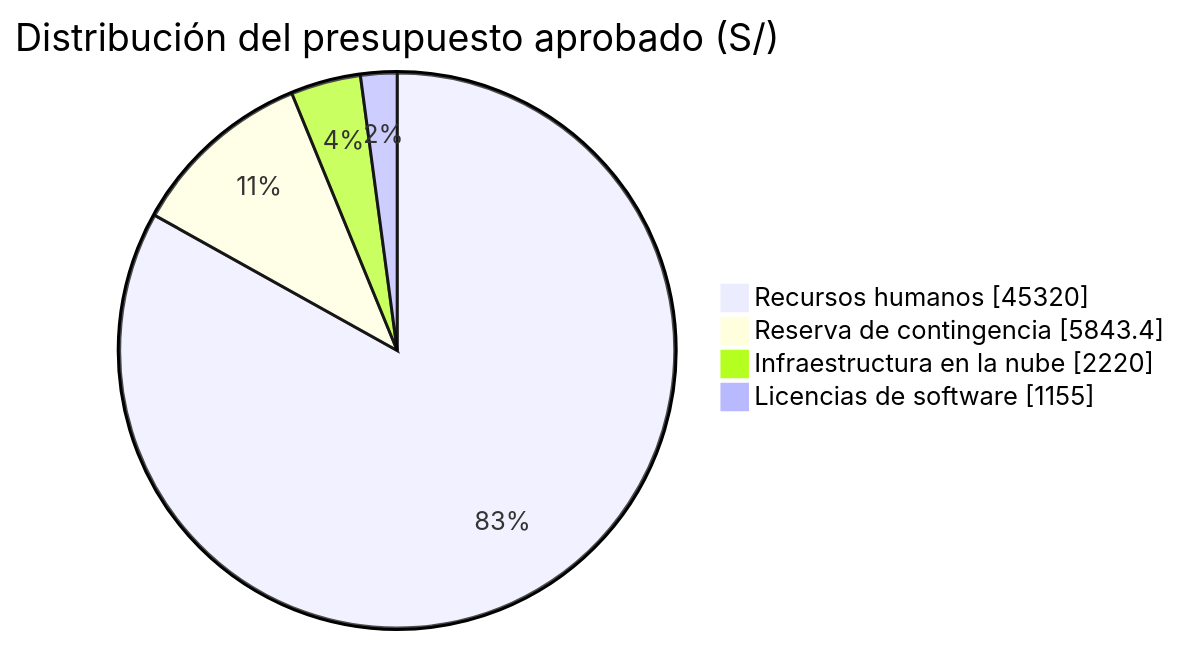
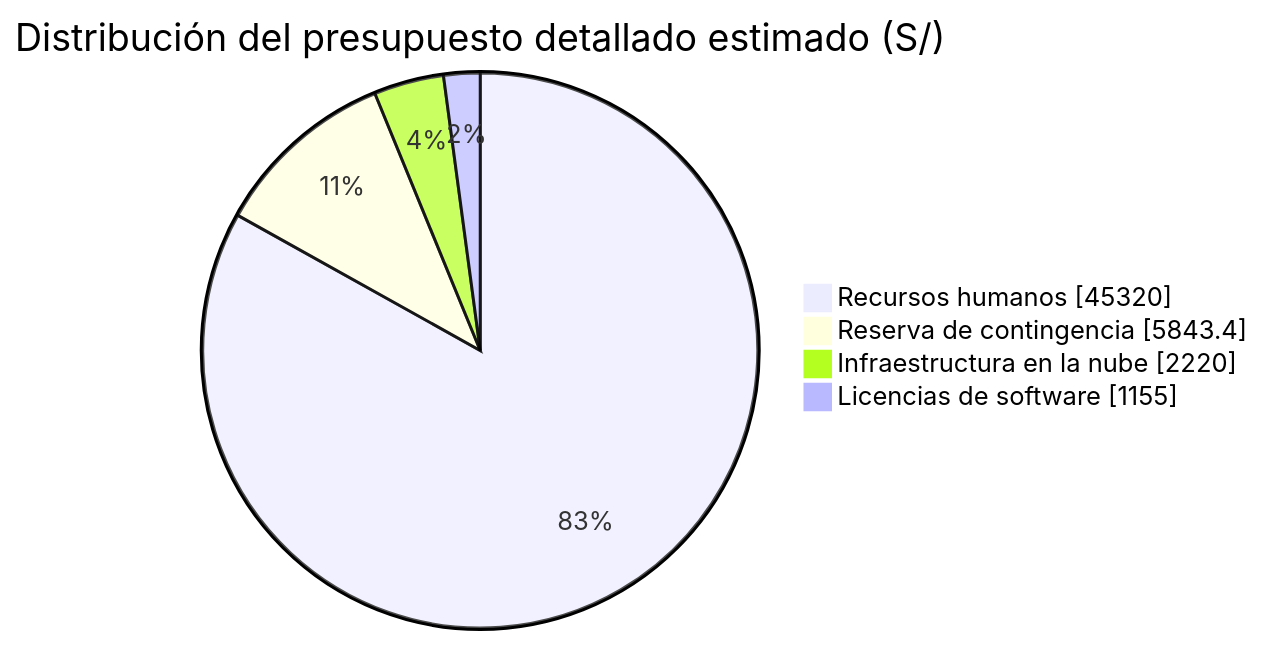
The third of 4 diagrams in docs/03 Implementación/01 Informe de estado del proyecto V_1_0_0.md (alexito-dev/EcoLogistica), drawn with Mermaid before and after one commit. The commit also changed other lines of this file and 8 other files, not shown here.

````diff
--- a/docs/03 Implementación/01 Informe de estado del proyecto V_1_0_0.md
+++ b/docs/03 Implementación/01 Informe de estado del proyecto V_1_0_0.md
@@ -127,8 +129,8 @@
 ```mermaid
 pie showData
-    title Distribución del presupuesto aprobado (S/)
+    title Distribución del presupuesto detallado estimado (S/)
     "Recursos humanos" : 45320
     "Reserva de contingencia" : 5843.40
     "Infraestructura en la nube" : 2220
     "Licencias de software" : 1155
 ```
````
